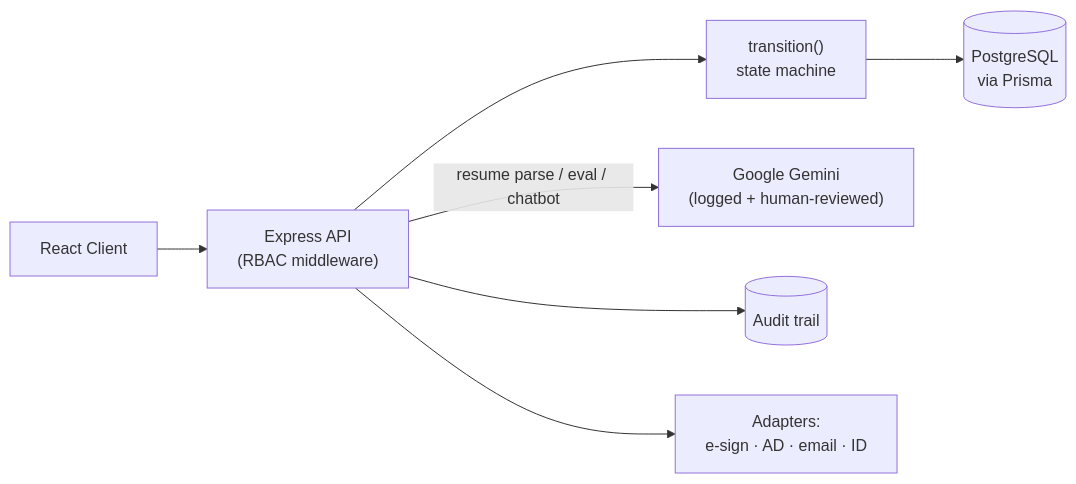
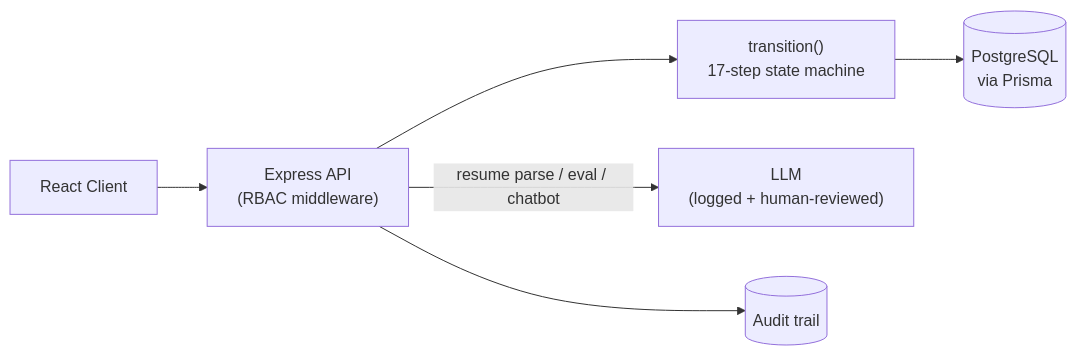
One commit to Anushchinnasamy/AnushChinnasamy changed the fourth of 5 diagrams in README.md. Above: the diagram before and after it, drawn with Mermaid. The commit also changed other lines of this file and 1 other file, not shown here.

````diff
--- a/README.md
+++ b/README.md
@@ -246,9 +217,8 @@
 ```mermaid
 flowchart LR
     Client["React Client"] --> API["Express API<br/>(RBAC middleware)"]
-    API --> SM["transition()<br/>state machine"]
+    API --> SM["transition()<br/>17-step state machine"]
     SM --> DB[("PostgreSQL<br/>via Prisma")]
-    API -->|resume parse / eval / chatbot| GEMINI["Google Gemini<br/>(logged + human-reviewed)"]
+    API -->|resume parse / eval / chatbot| LLM["LLM<br/>(logged + human-reviewed)"]
     API --> AUDIT[("Audit trail")]
-    API --> ADAPT["Adapters:<br/>e-sign · AD · email · ID"]
 ```
````
